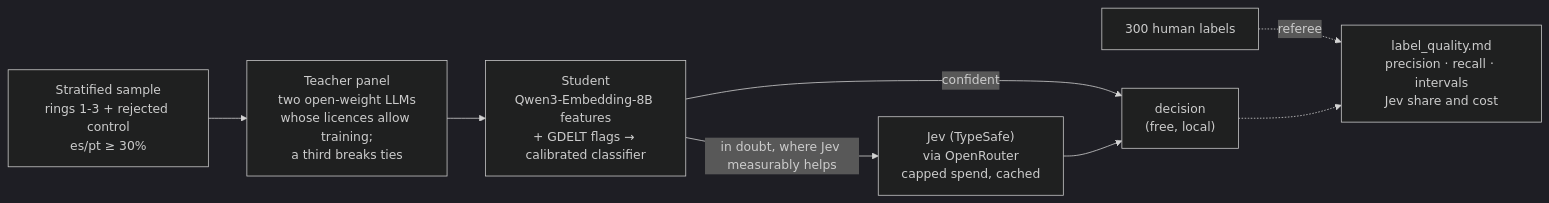
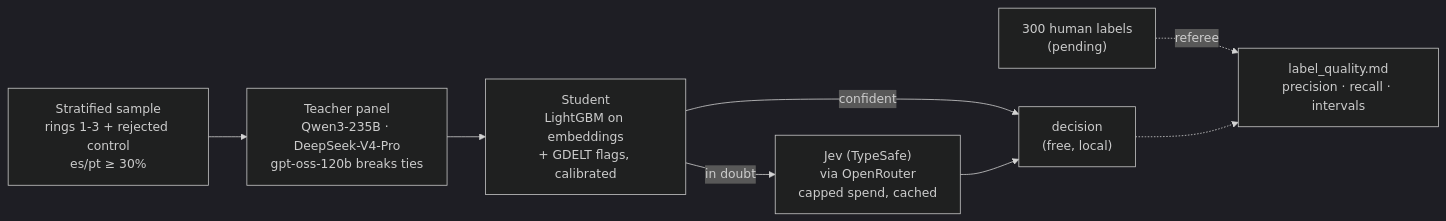
The eighth of 9 diagrams in README.md (LEONOB2014/Blinky), drawn with Mermaid (dark theme) before and after one commit. The commit also changed other lines of this file, not shown here.

Commit message:
docs: rework the README architecture, data flow, agents, eval and deploy diagrams

````diff
--- a/README.md
+++ b/README.md
@@ -187,10 +326,10 @@
 ```mermaid
 flowchart LR
-  S["Stratified sample<br/>rings 1-3 + rejected control<br/>es/pt ≥ 30%"] --> P["Teacher panel<br/>two open-weight LLMs<br/>whose licences allow training;<br/>a third breaks ties"]
-  P --> ST["Student<br/>Qwen3-Embedding-8B features<br/>+ GDELT flags → calibrated classifier"]
+  S["Stratified sample<br/>rings 1-3 + rejected control<br/>es/pt ≥ 30%"] --> P["Teacher panel<br/>Qwen3-235B · DeepSeek-V4-Pro<br/>gpt-oss-120b breaks ties"]
+  P --> ST["Student<br/>LightGBM on embeddings<br/>+ GDELT flags, calibrated"]
   ST -->|"confident"| D["decision<br/>(free, local)"]
-  ST -->|"in doubt, where Jev measurably helps"| J["Jev (TypeSafe)<br/>via OpenRouter<br/>capped spend, cached"]
+  ST -->|"in doubt"| J["Jev (TypeSafe)<br/>via OpenRouter<br/>capped spend, cached"]
   J --> D
-  H["300 human labels"] -.->|"referee"| Q["label_quality.md<br/>precision · recall · intervals<br/>Jev share and cost"]
+  H["300 human labels<br/>(pending)"] -.->|"referee"| Q["label_quality.md<br/>precision · recall · intervals"]
   D -.-> Q
 ```
````
